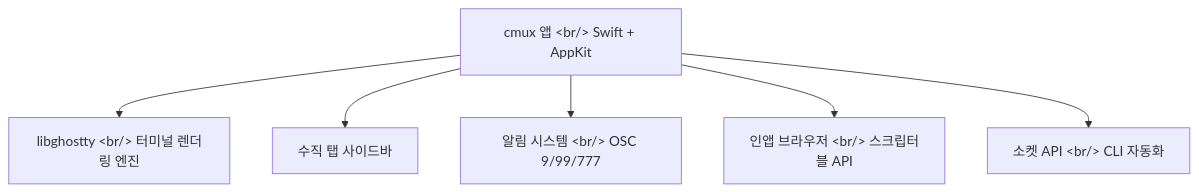
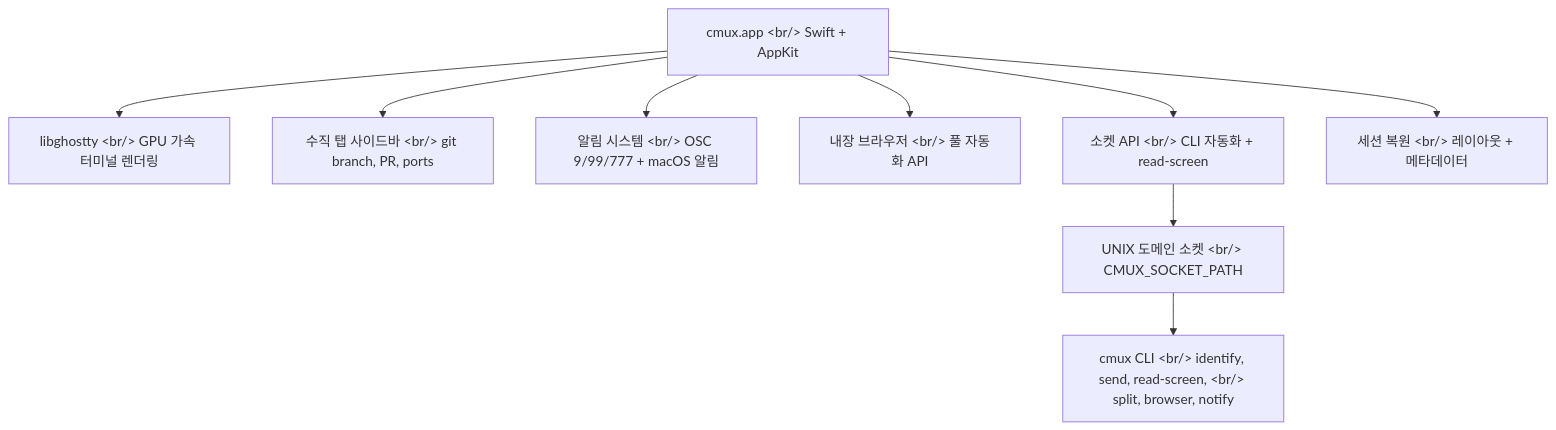
Before and after one commit to ice-ice-bear/ice-ice-bear.github.io: the first of 2 diagrams in content/posts/2026-03-16-cmux-terminal.md, drawn with Mermaid. The commit also changed other lines of this file, not shown here.

Commit message:
Update tech log: 2026-03-16-cmux-terminal.md

````diff
--- a/content/posts/2026-03-16-cmux-terminal.md
+++ b/content/posts/2026-03-16-cmux-terminal.md
@@ -20,8 +26,11 @@
 ```mermaid
 graph TD
-    A["cmux 앱 &lt;br/&gt; Swift + AppKit"] --> B["libghostty &lt;br/&gt; 터미널 렌더링 엔진"]
-    A --> C["수직 탭 사이드바"]
-    A --> D["알림 시스템 &lt;br/&gt; OSC 9/99/777"]
-    A --> E["인앱 브라우저 &lt;br/&gt; 스크립터블 API"]
-    A --> F["소켓 API &lt;br/&gt; CLI 자동화"]
+    A["cmux.app &lt;br/&gt; Swift + AppKit"] --> B["libghostty &lt;br/&gt; GPU 가속 터미널 렌더링"]
+    A --> C["수직 탭 사이드바 &lt;br/&gt; git branch, PR, ports"]
+    A --> D["알림 시스템 &lt;br/&gt; OSC 9/99/777 + macOS 알림"]
+    A --> E["내장 브라우저 &lt;br/&gt; 풀 자동화 API"]
+    A --> F["소켓 API &lt;br/&gt; CLI 자동화 + read-screen"]
+    A --> G["세션 복원 &lt;br/&gt; 레이아웃 + 메타데이터"]
+    F --> H["UNIX 도메인 소켓 &lt;br/&gt; CMUX_SOCKET_PATH"]
+    H --> I["cmux CLI &lt;br/&gt; identify, send, read-screen, &lt;br/&gt; split, browser, notify"]
 ```
````
